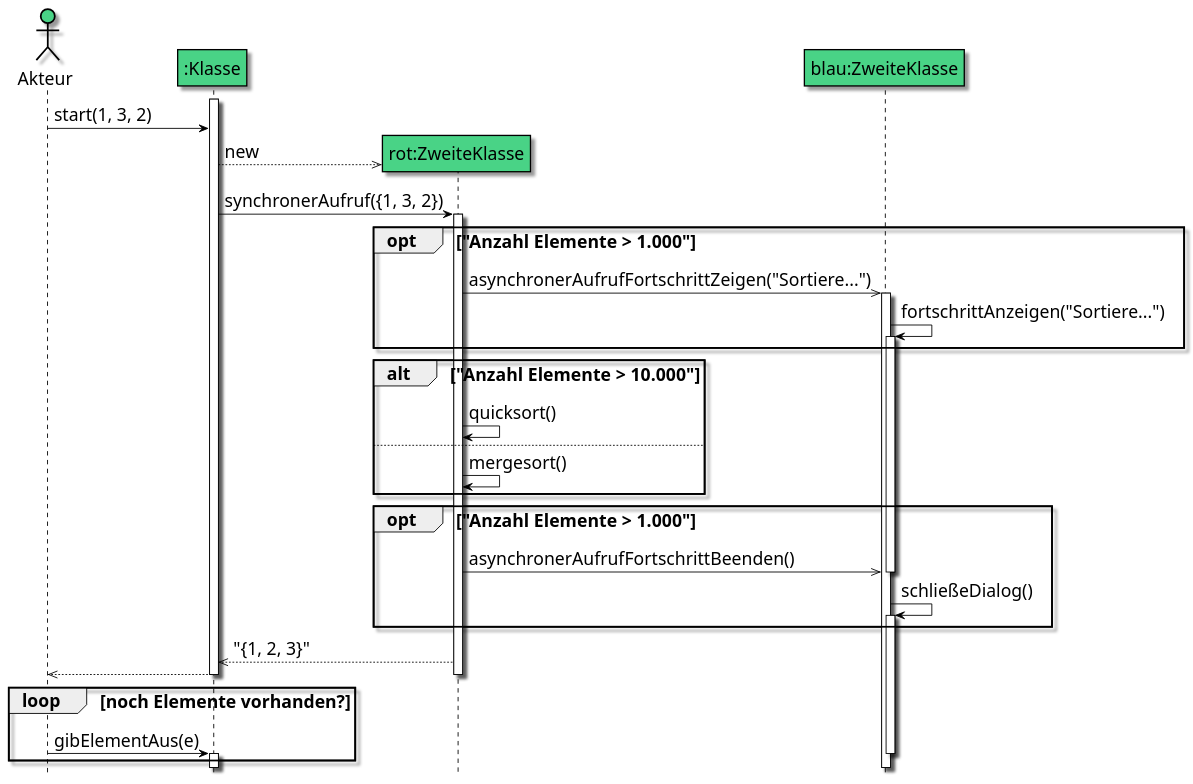
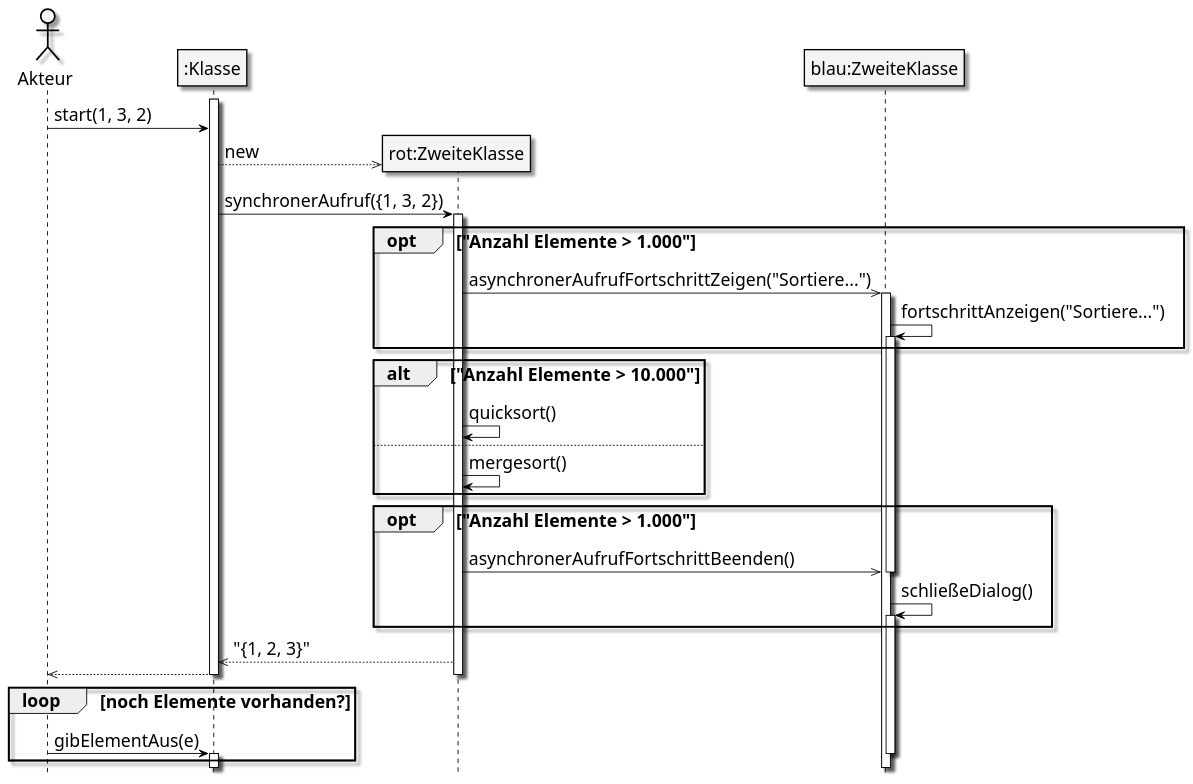
The diagram in doc/uml/sequence-diagram.puml (uhafner/codingstyle), drawn with PlantUML before and after one commit. The commit also changed 4 other files, not shown here.

Commit message:
Improve coloring and added component overview diagram.

```diff
--- a/doc/uml/sequence-diagram.puml
+++ b/doc/uml/sequence-diagram.puml
@@ -1,84 +1,84 @@
 @startuml
 
 skin rose
 
 skinparam sequence {
   BackgroundColor #4AD386
   BorderColor #a0a0a0
   BackgroundColor<<Main>> gold
   BorderColor black
   ArrowColor black
   FontName  Arial Unicode MS
   FontSize 20
 
   LifeLineBorderColor black
   LifeLineBackgroundColor AE396
 
-  ParticipantBackgroundColor 4AD386
+  ParticipantBackgroundColor f4f4f4
   ParticipantBorderColor black
 }
 
 skinparam actor {
-  BackgroundColor #4AD386
+  BackgroundColor #f4f4f4
   BorderColor #a0a0a0
   BackgroundColor<<Main>> gold
   BorderColor black
   ArrowColor black
   FontName  Arial Unicode MS
   FontSize 20
 
   LifeLineBorderColor black
   LifeLineBackgroundColor AE396
 
 }
 
 skinparam classFontSize 24
 skinparam classAttributeIconSize 0
 skinparam defaultFontSize 20
 
 skinparam ArrowColor black
 skinparam ArrowThickness 1
 
 hide circle
 hide footbox
 
 actor Akteur
 participant ":Klasse" as unnamed
 participant "rot:ZweiteKlasse" as rot
 participant "blau:ZweiteKlasse" as blau
 
 activate unnamed
 Akteur -> unnamed: start(1, 3, 2)
 create rot
 unnamed -->> rot : new
 unnamed -> rot: synchronerAufruf({1, 3, 2})
 activate rot
 opt "Anzahl Elemente > 1.000"
 rot ->> blau: asynchronerAufrufFortschrittZeigen("Sortiere...")
 activate blau
 blau -> blau: fortschrittAnzeigen("Sortiere...")
 activate blau
 end
 alt "Anzahl Elemente > 10.000"
 rot -> rot: quicksort()
 else
 rot -> rot: mergesort()
 end
 opt "Anzahl Elemente > 1.000"
 rot ->> blau: asynchronerAufrufFortschrittBeenden()
 deactivate blau
 blau -> blau: schließeDialog()
 activate blau
 end
 rot -->> unnamed : "{1, 2, 3}"
 unnamed -->> Akteur
 deactivate rot
 deactivate unnamed
 loop noch Elemente vorhanden?
 Akteur -> unnamed : gibElementAus(e)
 deactivate blau
 activate unnamed
 deactivate unnamed
 end
 
 @enduml
```
